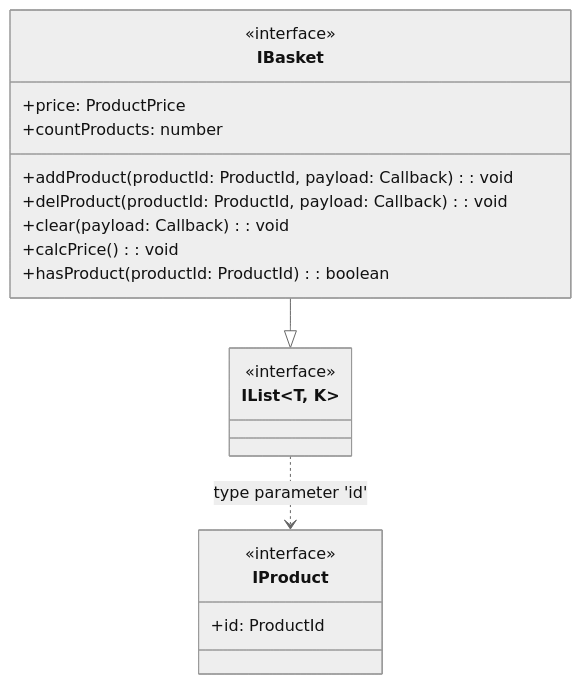
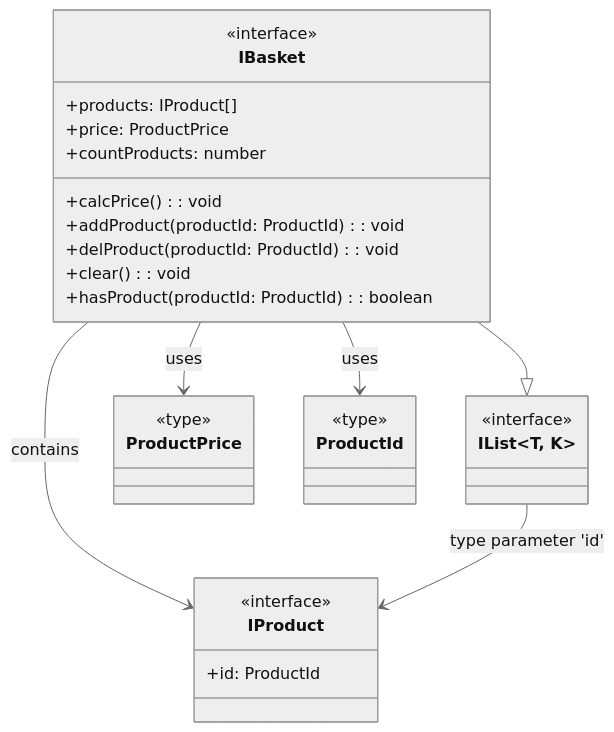
Before and after one commit to vvk2020/weblarek: the fifth of 7 diagrams in README.md, drawn with Mermaid (neutral theme). The commit also changed other lines of this file and 2 other files, not shown here.

````diff
--- a/README.md
+++ b/README.md
@@ -339,25 +330,38 @@
 ```mermaid
 classDiagram
     class IBasket {
         <<interface>>
+        +products: IProduct[]
         +price: ProductPrice
         +countProducts: number
-        +addProduct(productId: ProductId, payload: Callback): void
-        +delProduct(productId: ProductId, payload: Callback): void
-        +clear(payload: Callback): void
         +calcPrice(): void
+        +addProduct(productId: ProductId): void
+        +delProduct(productId: ProductId): void
+        +clear(): void
         +hasProduct(productId: ProductId): boolean
     }
 
     class IList~T, K~ {
         <<interface>>
     }
 
     class IProduct {
         <<interface>>
         +id: ProductId
     }
 
+    class ProductPrice {
+        <<type>>
+    }
+
+    class ProductId {
+        <<type>>
+    }
+
     IBasket --|> IList~IProduct, 'id'~
-    IList ..> IProduct : type parameter 'id'
+    IBasket --> IProduct : contains
+    IBasket --> ProductPrice : uses
+    IBasket --> ProductId : uses
+    IList~T, K~ --> IProduct : type parameter 'id'
+
 ```
````
